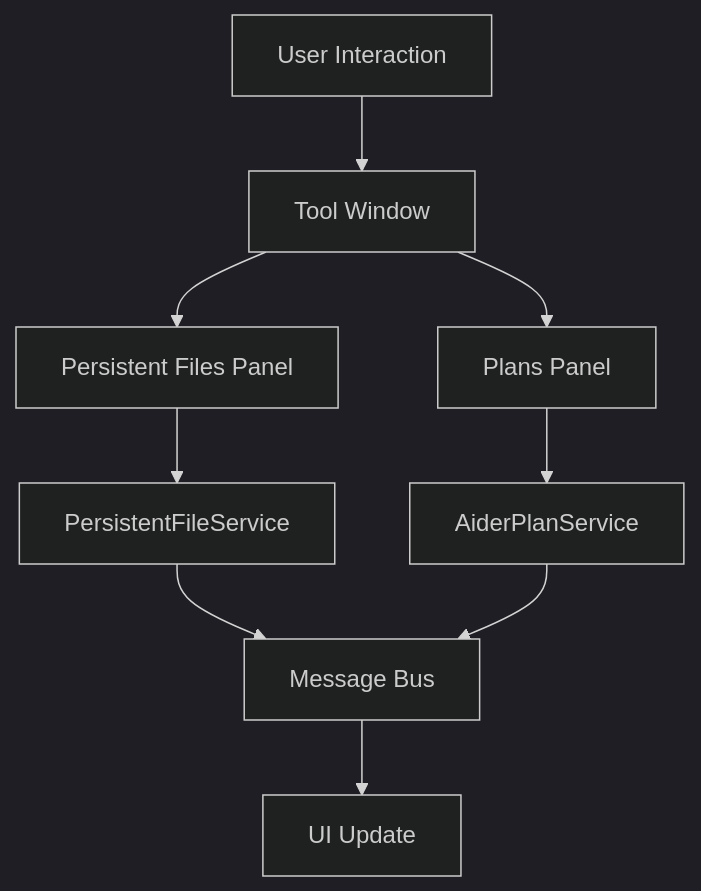
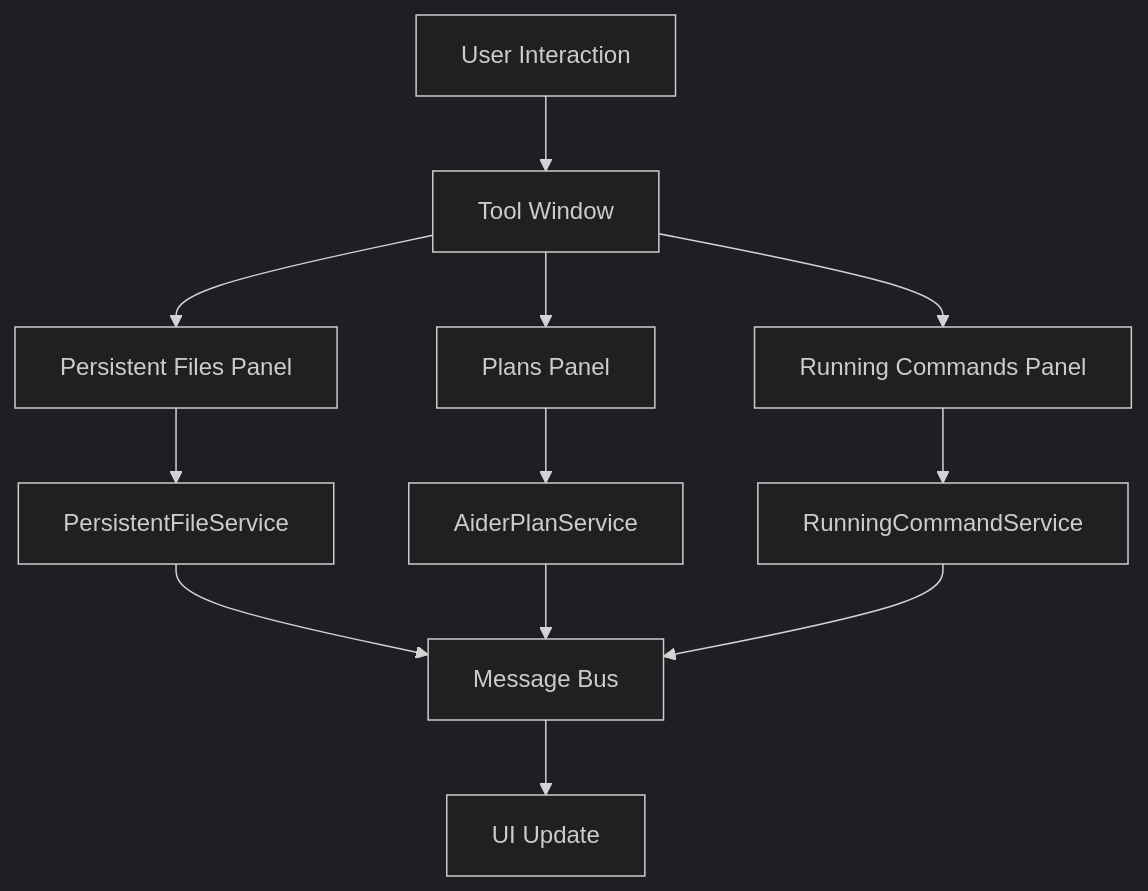
The diagram in src/main/kotlin/de/andrena/codingaider/toolwindow/toolwindow.md (p-wegner/coding-aider), drawn with Mermaid (dark theme) before and after one commit. The commit also changed other lines of this file, not shown here.

Commit message:
docs: Update toolwindow.md with RunningCommandsPanel details and Mermaid diagram.

````diff
--- a/src/main/kotlin/de/andrena/codingaider/toolwindow/toolwindow.md
+++ b/src/main/kotlin/de/andrena/codingaider/toolwindow/toolwindow.md
@@ -57,11 +64,14 @@
 ```mermaid
 graph TD
     User[User Interaction] --> ToolWindow[Tool Window]
     ToolWindow --> PersistentFiles[Persistent Files Panel]
     ToolWindow --> Plans[Plans Panel]
+    ToolWindow --> RunningCommands[Running Commands Panel]
     PersistentFiles --> FileService[PersistentFileService]
     Plans --> PlanService[AiderPlanService]
+    RunningCommands --> RunningCommandService[RunningCommandService]
     FileService --> MessageBus[Message Bus]
     PlanService --> MessageBus
+    RunningCommandService --> MessageBus
     MessageBus --> UI[UI Update]
 ```
````
